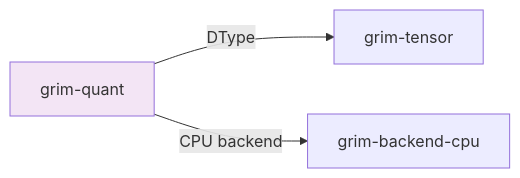
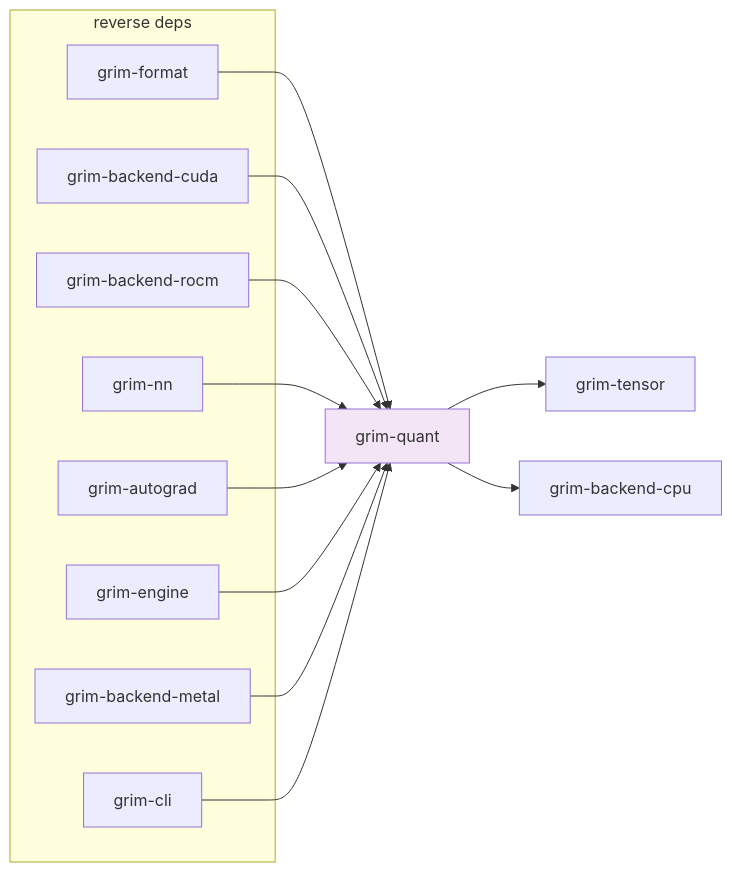
The diagram in crates/grim-quant/README.md (sydonayrex/grim), drawn with Mermaid before and after one commit. The commit also changed other lines of this file and 55 other files, not shown here.

````diff
--- a/crates/grim-quant/README.md
+++ b/crates/grim-quant/README.md
@@ -17,7 +17,27 @@
 ```mermaid
 graph LR
-    A[grim-quant] -->|DType| B[grim-tensor]
-    A -->|CPU backend| C[grim-backend-cpu]
-    
+    A[grim-quant] --> B[grim-tensor]
+    A --> C[grim-backend-cpu]
+
+    subgraph "reverse deps"
+        D1[grim-format]
+        D2[grim-backend-cuda]
+        D3[grim-backend-rocm]
+        D4[grim-nn]
+        D5[grim-autograd]
+        D6[grim-engine]
+        D7[grim-backend-metal]
+        D8[grim-cli]
+    end
+
+    D1 --> A
+    D2 --> A
+    D3 --> A
+    D4 --> A
+    D5 --> A
+    D6 --> A
+    D7 --> A
+    D8 --> A
+
     style A fill:#f3e5f5
 ```
````
